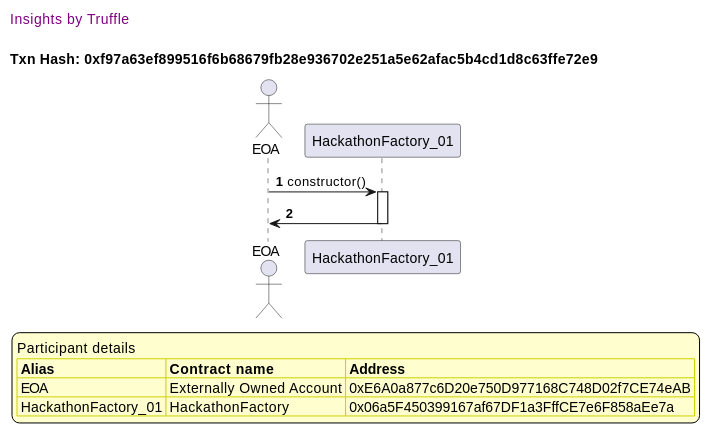
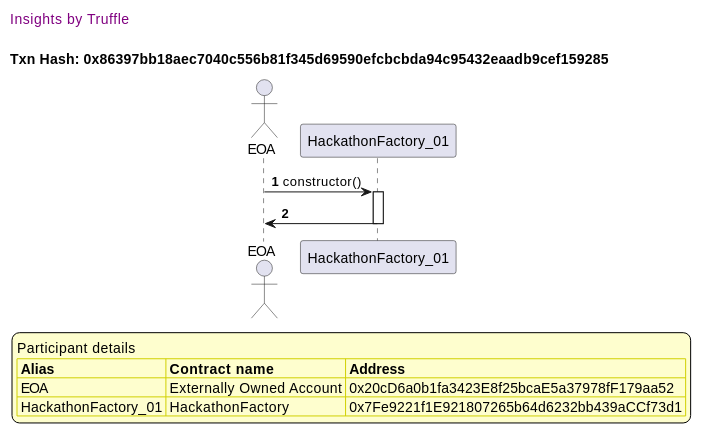
The ninth of 11 diagrams in truffle-seq/factory_hackathonfactory.md (fodisi/hackapay), drawn with PlantUML before and after one commit. The commit also changed other lines of this file and 10 other files, not shown here.

````diff
--- a/truffle-seq/factory_hackathonfactory.md
+++ b/truffle-seq/factory_hackathonfactory.md
@@ -435,37 +435,37 @@
 ```plantuml
 
 
 @startuml
 
 autonumber
 skinparam legendBackgroundColor #FEFECE
 
 <style>
       header {
         HorizontalAlignment left
         FontColor purple
         FontSize 14
         Padding 10
       }
     </style>
 
 header Insights by Truffle
 
-title Txn Hash: 0xf97a63ef899516f6b68679fb28e936702e251a5e62afac5b4cd1d8c63ffe72e9
+title Txn Hash: 0x86397bb18aec7040c556b81f345d69590efcbcbda94c95432eaadb9cef159285
 
 
 actor EOA as "EOA"
 participant HackathonFactory_01 as "HackathonFactory_01"
 
 "EOA" -> "HackathonFactory_01" ++: constructor()
 "HackathonFactory_01" -> "EOA" --: 
 
 legend
 Participant details
 <#FEFECE,#D0D000>|= Alias |= Contract name |= Address |
-<#FEFECE>| EOA | Externally Owned Account | 0xE6A0a877c6D20e750D977168C748D02f7CE74eAB |
-<#FEFECE>| HackathonFactory_01 | HackathonFactory | 0x06a5F450399167af67DF1a3FffCE7e6F858aEe7a |
+<#FEFECE>| EOA | Externally Owned Account | 0x20cD6a0b1fa3423E8f25bcaE5a37978fF179aa52 |
+<#FEFECE>| HackathonFactory_01 | HackathonFactory | 0x7Fe9221f1E921807265b64d6232bb439aCCf73d1 |
 endlegend
 
 @enduml
 ```
````
